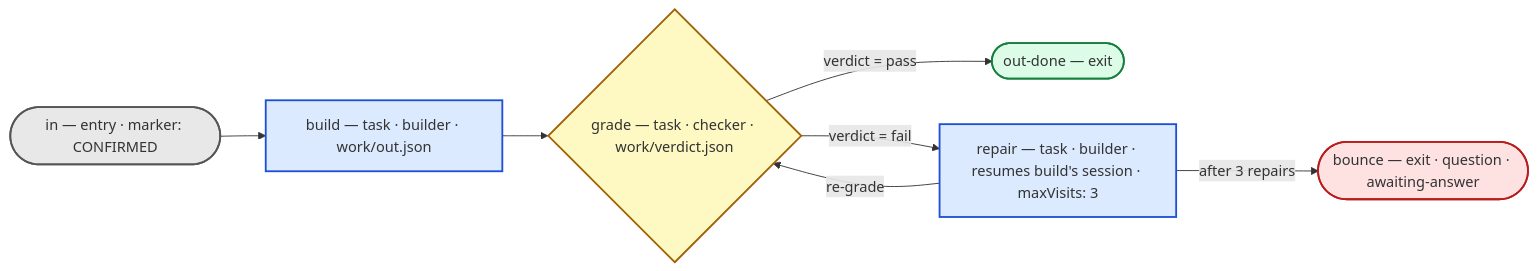
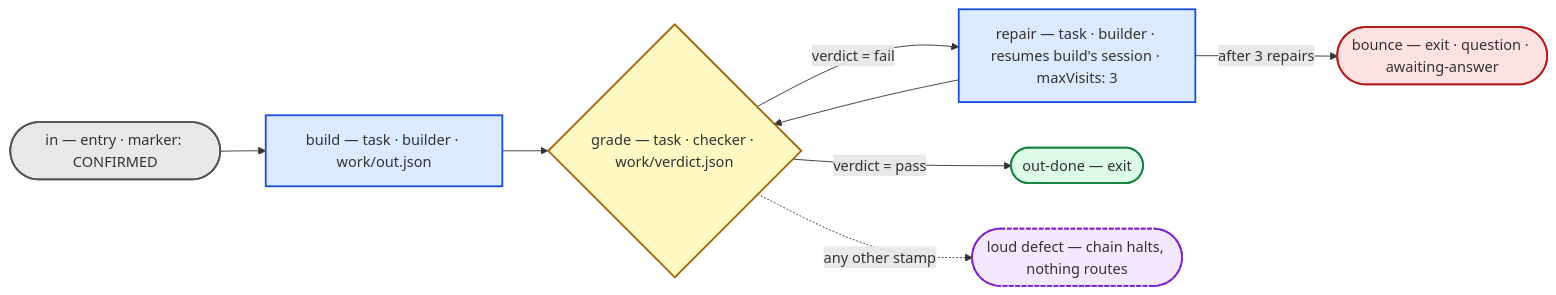
The diagram in engine/README.md (GirthquakeMag11/girth-agents), drawn with Mermaid before and after one commit. The commit also changed other lines of this file and 3 other files, not shown here.

First line of the commit message:
feat(engine): the graph illustration is generated from the live config

````diff
--- a/engine/README.md
+++ b/engine/README.md
@@ -10,16 +10,25 @@
 ```mermaid
 flowchart LR
     classDef entry fill:#e8e8e8,stroke:#555,stroke-width:2px
     classDef task fill:#dbeafe,stroke:#1d4ed8,stroke-width:2px
     classDef decide fill:#fef9c3,stroke:#a16207,stroke-width:2px
     classDef done fill:#dcfce7,stroke:#15803d,stroke-width:2px
     classDef bounce fill:#fee2e2,stroke:#b91c1c,stroke-width:2px
+    classDef defect fill:#f3e8ff,stroke:#7e22ce,stroke-width:2px,stroke-dasharray: 5 2
 
-    IN(["in — entry · marker: CONFIRMED"]):::entry --> BUILD
-    BUILD["build — task · builder · work/out.json"]:::task --> GRADE
+    IN(["in — entry · marker: CONFIRMED"]):::entry
+    BUILD["build — task · builder · work/out.json"]:::task
     GRADE{"grade — task · checker · work/verdict.json"}:::decide
-    GRADE -- "verdict = pass" --> DONE(["out-done — exit"]):::done
+    REPAIR["repair — task · builder · resumes build's session · maxVisits: 3"]:::task
+    OUTDONE(["out-done — exit"]):::done
+    BOUNCE(["bounce — exit · question · awaiting-answer"]):::bounce
+    DEAD_GRADE(["loud defect — chain halts, nothing routes"]):::defect
+
+    IN --> BUILD
+    BUILD --> GRADE
+    GRADE -- "verdict = pass" --> OUTDONE
     GRADE -- "verdict = fail" --> REPAIR
-    REPAIR["repair — task · builder · resumes build's session · maxVisits: 3"]:::task -- "re-grade" --> GRADE
-    REPAIR -- "after 3 repairs" --> BOUNCE(["bounce — exit · question · awaiting-answer"]):::bounce
+    REPAIR --> GRADE
+    REPAIR -- "after 3 repairs" --> BOUNCE
+    GRADE -. "any other stamp" .-> DEAD_GRADE
 ```
````
